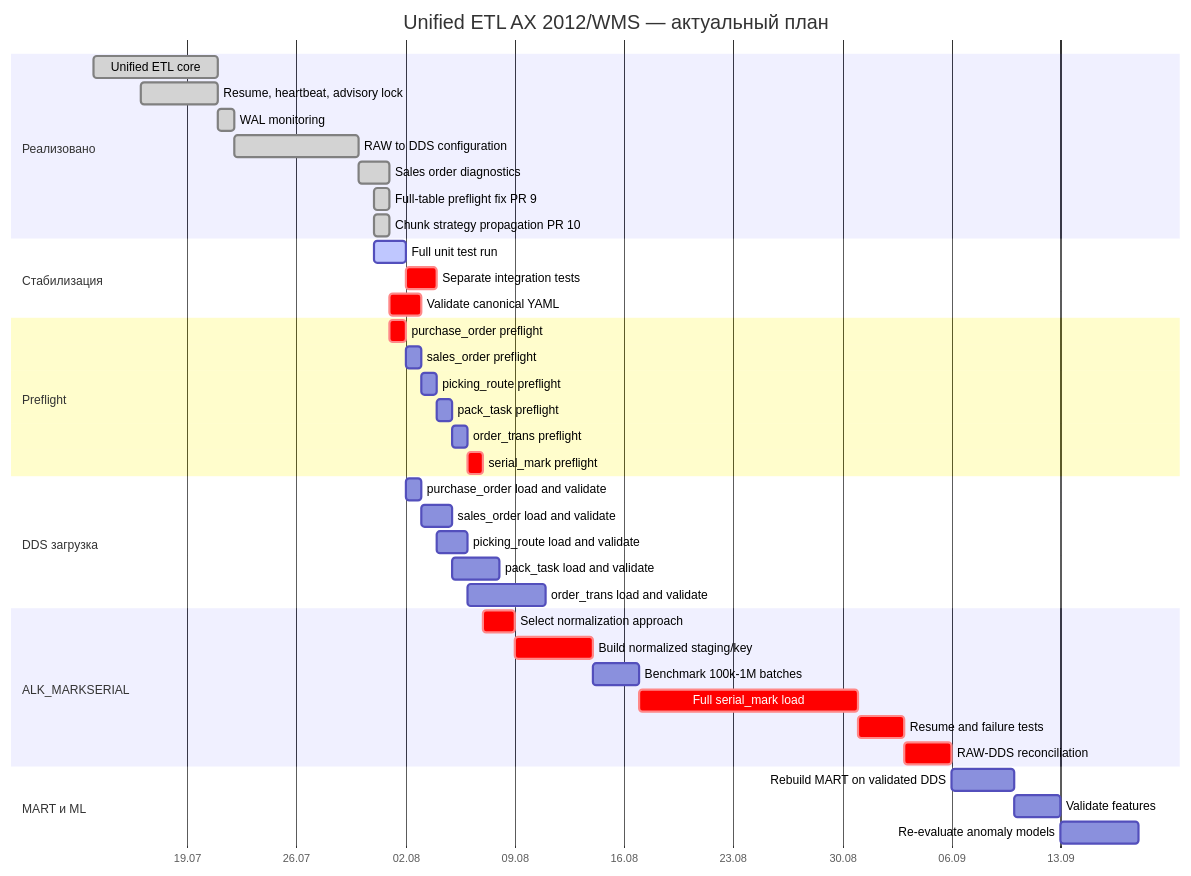
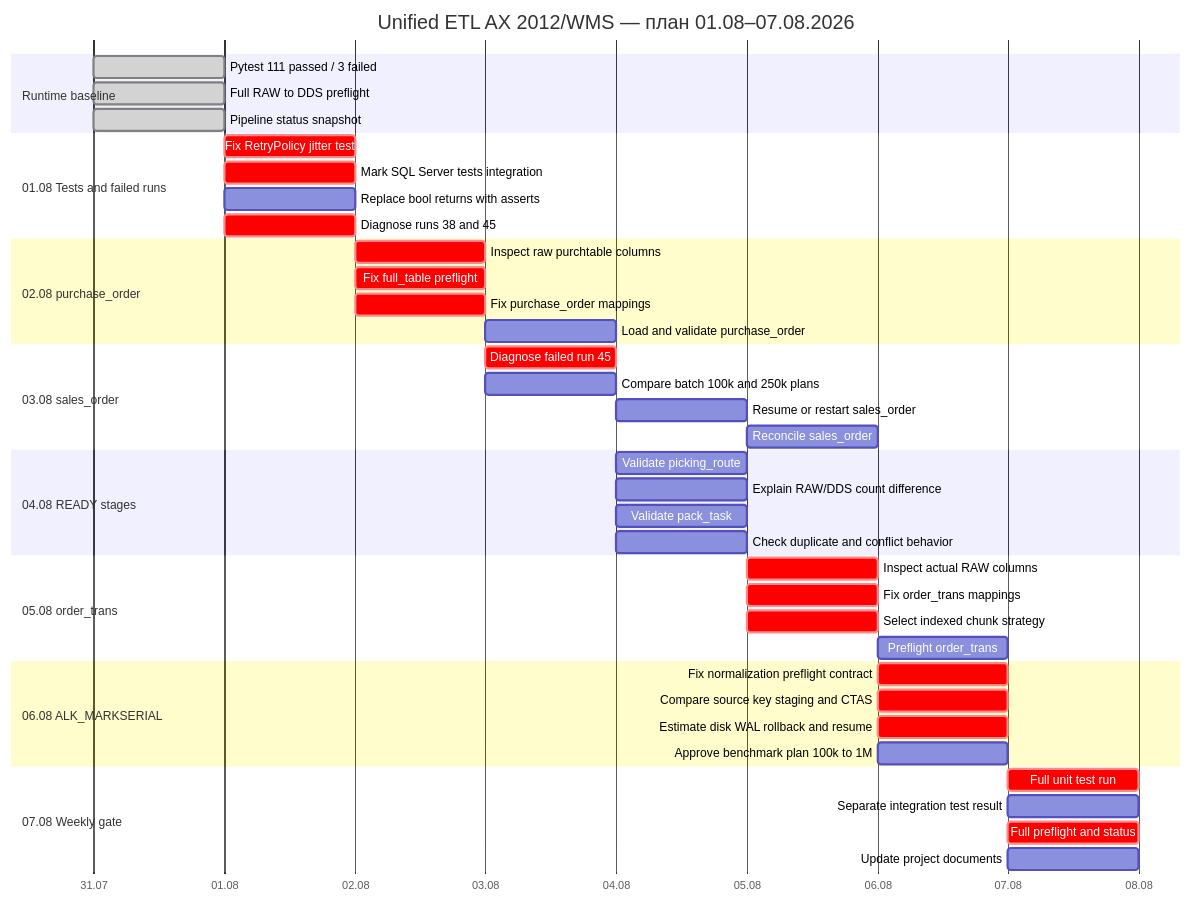
One commit to eignat88/jira_focus_exporter changed the diagram in bz/Anomaly Detection_V2/gantt.md. Above: the diagram before and after it, drawn with Mermaid. The commit also changed other lines of this file, not shown here.

Commit message:
docs: align weekly gantt with runtime test results

````diff
--- a/bz/Anomaly Detection_V2/gantt.md
+++ b/bz/Anomaly Detection_V2/gantt.md
@@ -5,48 +5,53 @@
 ```mermaid
 gantt
-    title Unified ETL AX 2012/WMS — актуальный план
+    title Unified ETL AX 2012/WMS — план 01.08–07.08.2026
     dateFormat YYYY-MM-DD
     axisFormat %d.%m
 
-    section Реализовано
-    Unified ETL core                 :done, core, 2026-07-13, 8d
-    Resume, heartbeat, advisory lock :done, resume, 2026-07-16, 5d
-    WAL monitoring                   :done, wal, 2026-07-21, 1d
-    RAW to DDS configuration         :done, cfg, 2026-07-22, 8d
-    Sales order diagnostics          :done, salesdiag, 2026-07-30, 2d
-    Full-table preflight fix PR 9    :done, pr9, 2026-07-31, 1d
-    Chunk strategy propagation PR 10 :done, pr10, 2026-07-31, 1d
+    section Runtime baseline
+    Pytest 111 passed / 3 failed          :done, baseline_tests, 2026-07-31, 1d
+    Full RAW to DDS preflight             :done, baseline_pre, 2026-07-31, 1d
+    Pipeline status snapshot              :done, baseline_status, 2026-07-31, 1d
 
-    section Стабилизация
-    Full unit test run               :active, tests, 2026-07-31, 2d
-    Separate integration tests       :crit, inttests, after tests, 2d
-    Validate canonical YAML          :crit, yaml, 2026-08-01, 2d
+    section 01.08 Tests and failed runs
+    Fix RetryPolicy jitter test           :crit, retry_test, 2026-08-01, 1d
+    Mark SQL Server tests integration     :crit, int_mark, 2026-08-01, 1d
+    Replace bool returns with asserts     :warn_fix, 2026-08-01, 1d
+    Diagnose runs 38 and 45               :crit, failed_runs, 2026-08-01, 1d
 
-    section Preflight
-    purchase_order preflight         :crit, po_pre, 2026-08-01, 1d
-    sales_order preflight            :so_pre, after po_pre, 1d
-    picking_route preflight          :pick_pre, after so_pre, 1d
-    pack_task preflight              :pack_pre, after pick_pre, 1d
-    order_trans preflight            :order_pre, after pack_pre, 1d
-    serial_mark preflight            :crit, serial_pre, after order_pre, 1d
+    section 02.08 purchase_order
+    Inspect raw purchtable columns        :crit, po_cols, 2026-08-02, 1d
+    Fix full_table preflight              :crit, po_pre_fix, 2026-08-02, 1d
+    Fix purchase_order mappings           :crit, po_map, 2026-08-02, 1d
+    Load and validate purchase_order      :po_load, after po_pre_fix, 1d
 
-    section DDS загрузка
-    purchase_order load and validate :po_load, after po_pre, 1d
-    sales_order load and validate    :so_load, after so_pre, 2d
-    picking_route load and validate  :pick_load, after pick_pre, 2d
-    pack_task load and validate      :pack_load, after pack_pre, 3d
-    order_trans load and validate    :order_load, after order_pre, 5d
+    section 03.08 sales_order
+    Diagnose failed run 45                :crit, so_fail, 2026-08-03, 1d
+    Compare batch 100k and 250k plans     :so_plan, 2026-08-03, 1d
+    Resume or restart sales_order         :so_run, after so_fail, 1d
+    Reconcile sales_order                 :so_val, after so_run, 1d
 
-    section ALK_MARKSERIAL
-    Select normalization approach    :crit, norm_decision, after serial_pre, 2d
-    Build normalized staging/key     :crit, norm_build, after norm_decision, 5d
-    Benchmark 100k-1M batches        :bench, after norm_build, 3d
-    Full serial_mark load            :crit, serial_load, after bench, 14d
-    Resume and failure tests         :crit, resume_test, after serial_load, 3d
-    RAW-DDS reconciliation           :crit, reconcile, after resume_test, 3d
+    section 04.08 READY stages
+    Validate picking_route                :pick_val, 2026-08-04, 1d
+    Explain RAW/DDS count difference      :pick_diff, 2026-08-04, 1d
+    Validate pack_task                    :pack_val, 2026-08-04, 1d
+    Check duplicate and conflict behavior :pack_diff, 2026-08-04, 1d
 
-    section MART и ML
-    Rebuild MART on validated DDS    :mart, after reconcile, 4d
-    Validate features                :features, after mart, 3d
-    Re-evaluate anomaly models       :ml, after features, 5d
+    section 05.08 order_trans
+    Inspect actual RAW columns            :crit, ot_cols, 2026-08-05, 1d
+    Fix order_trans mappings              :crit, ot_map, 2026-08-05, 1d
+    Select indexed chunk strategy         :crit, ot_strategy, 2026-08-05, 1d
+    Preflight order_trans                 :ot_pre, after ot_strategy, 1d
+
+    section 06.08 ALK_MARKSERIAL
+    Fix normalization preflight contract  :crit, norm_pre, 2026-08-06, 1d
+    Compare source key staging and CTAS   :crit, norm_compare, 2026-08-06, 1d
+    Estimate disk WAL rollback and resume :crit, norm_risk, 2026-08-06, 1d
+    Approve benchmark plan 100k to 1M     :bench_plan, 2026-08-06, 1d
+
+    section 07.08 Weekly gate
+    Full unit test run                    :crit, gate_tests, 2026-08-07, 1d
+    Separate integration test result      :gate_int, 2026-08-07, 1d
+    Full preflight and status             :crit, gate_pre, 2026-08-07, 1d
+    Update project documents              :gate_docs, 2026-08-07, 1d
 ```
````
